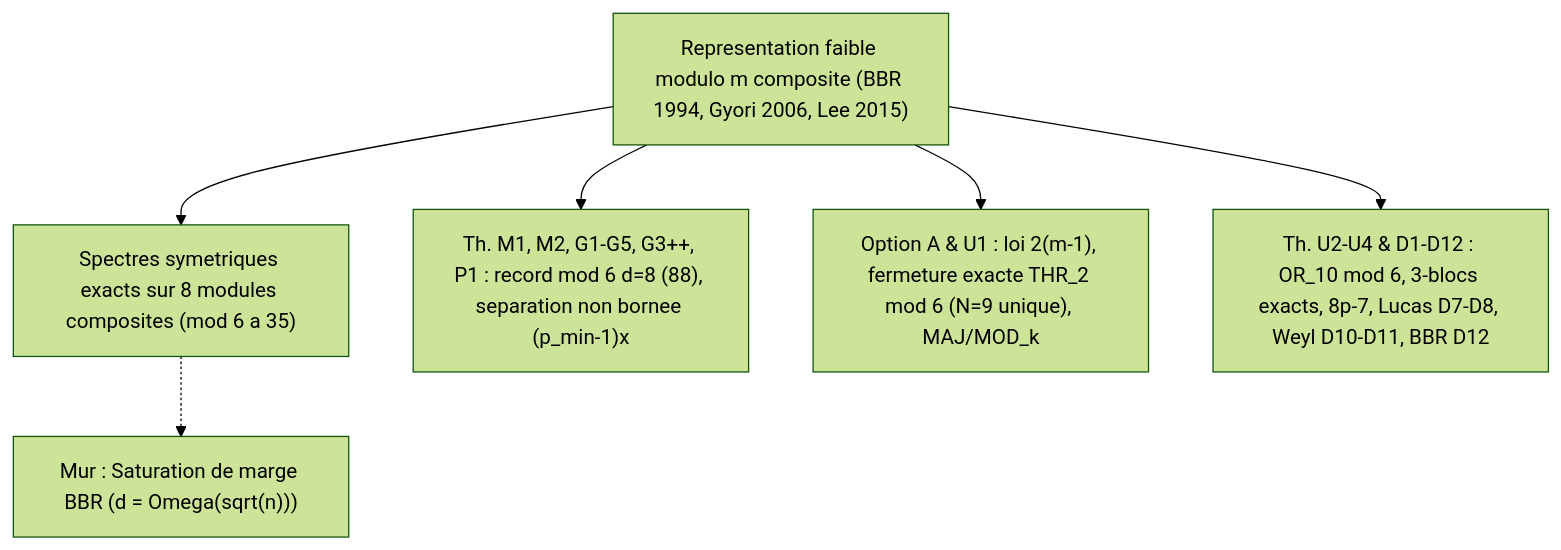
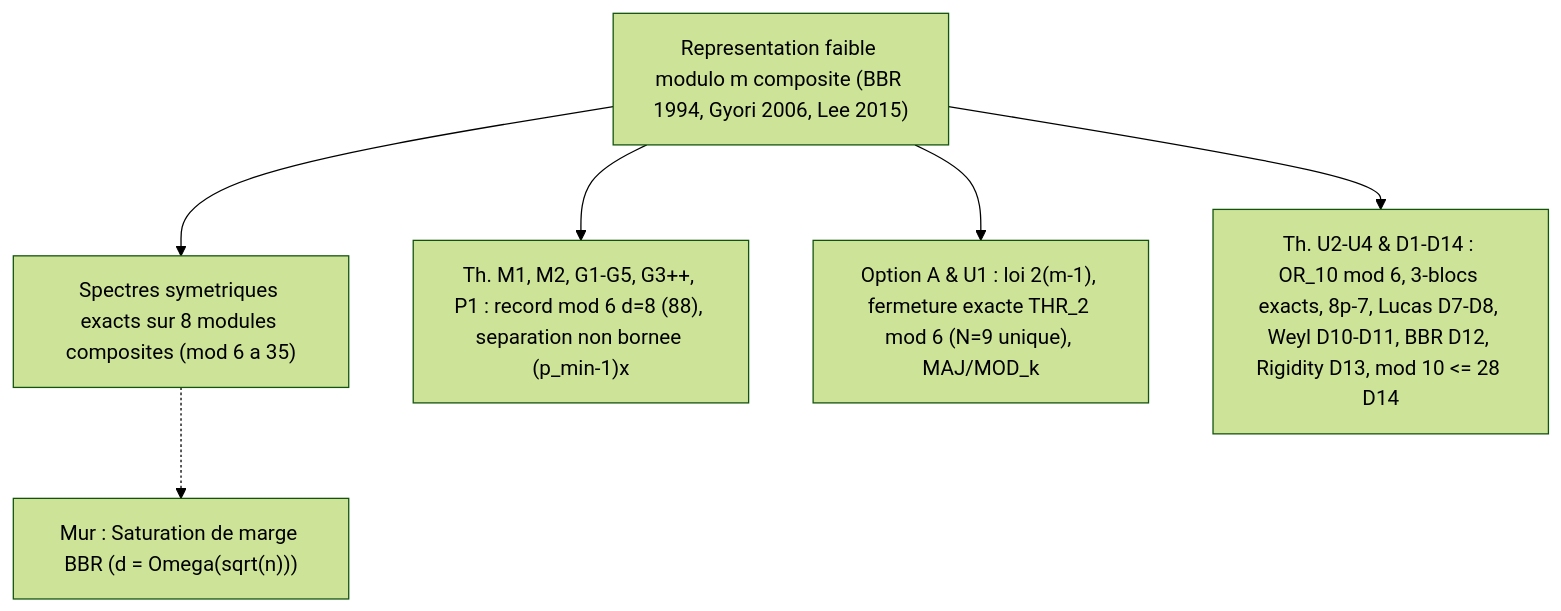
Before and after one commit to Axel-Bouchery/P-NP: the diagram in axe2_mod_composite_polynomials/RAPPORT.md, drawn with Mermaid (forest theme). The commit also changed other lines of this file and 1 other file, not shown here.

````diff
--- a/axe2_mod_composite_polynomials/RAPPORT.md
+++ b/axe2_mod_composite_polynomials/RAPPORT.md
@@ -61,9 +61,9 @@
 ```mermaid
 flowchart TD
     Root["Representation faible modulo m composite (BBR 1994, Gyori 2006, Lee 2015)"]
     Root --> A2a["Spectres symetriques exacts sur 8 modules composites (mod 6 a 35)"]
     Root --> A2b["Th. M1, M2, G1-G5, G3++, P1 : record mod 6 d=8 (88), separation non bornee (p_min-1)x"]
     Root --> A2c["Option A & U1 : loi 2(m-1), fermeture exacte THR_2 mod 6 (N=9 unique), MAJ/MOD_k"]
-    Root --> A2d["Th. U2-U4 & D1-D12 : OR_10 mod 6, 3-blocs exacts, 8p-7, Lucas D7-D8, Weyl D10-D11, BBR D12"]
+    Root --> A2d["Th. U2-U4 & D1-D14 : OR_10 mod 6, 3-blocs exacts, 8p-7, Lucas D7-D8, Weyl D10-D11, BBR D12, Rigidity D13, mod 10 <= 28 D14"]
     A2a -.-> M3["Mur : Saturation de marge BBR (d = Omega(sqrt(n)))"]
 ```
````
